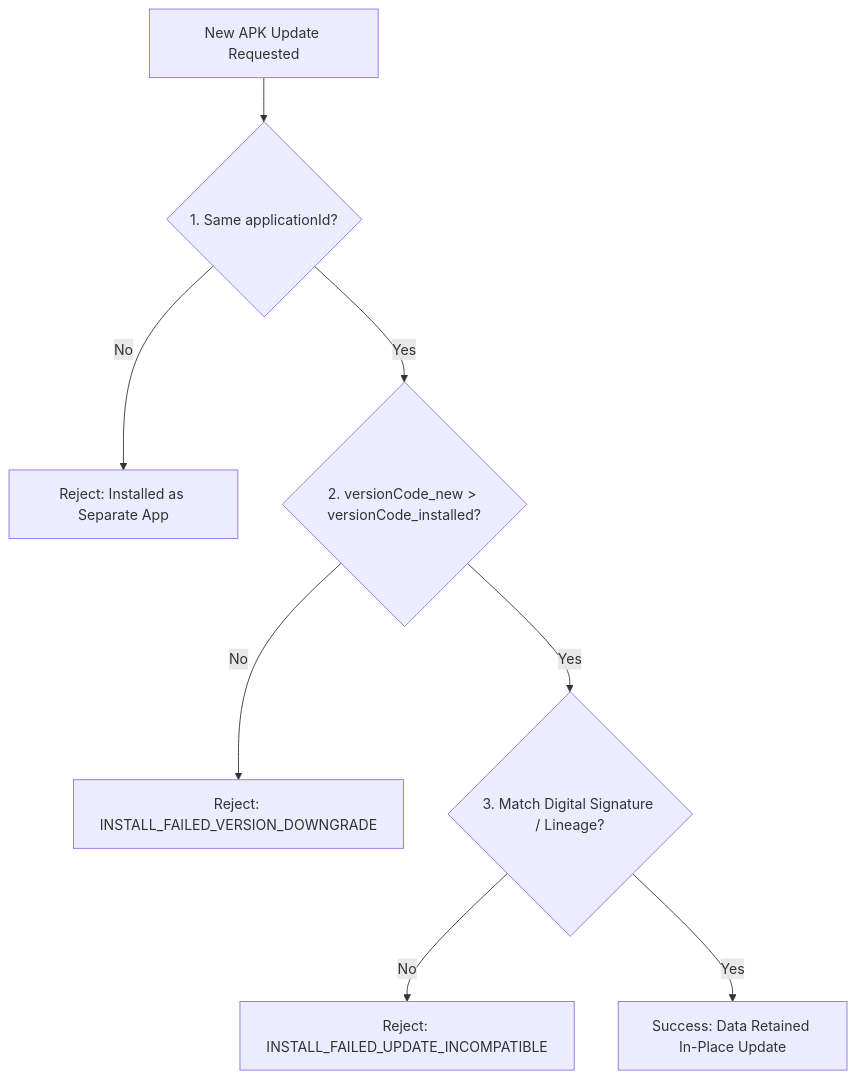
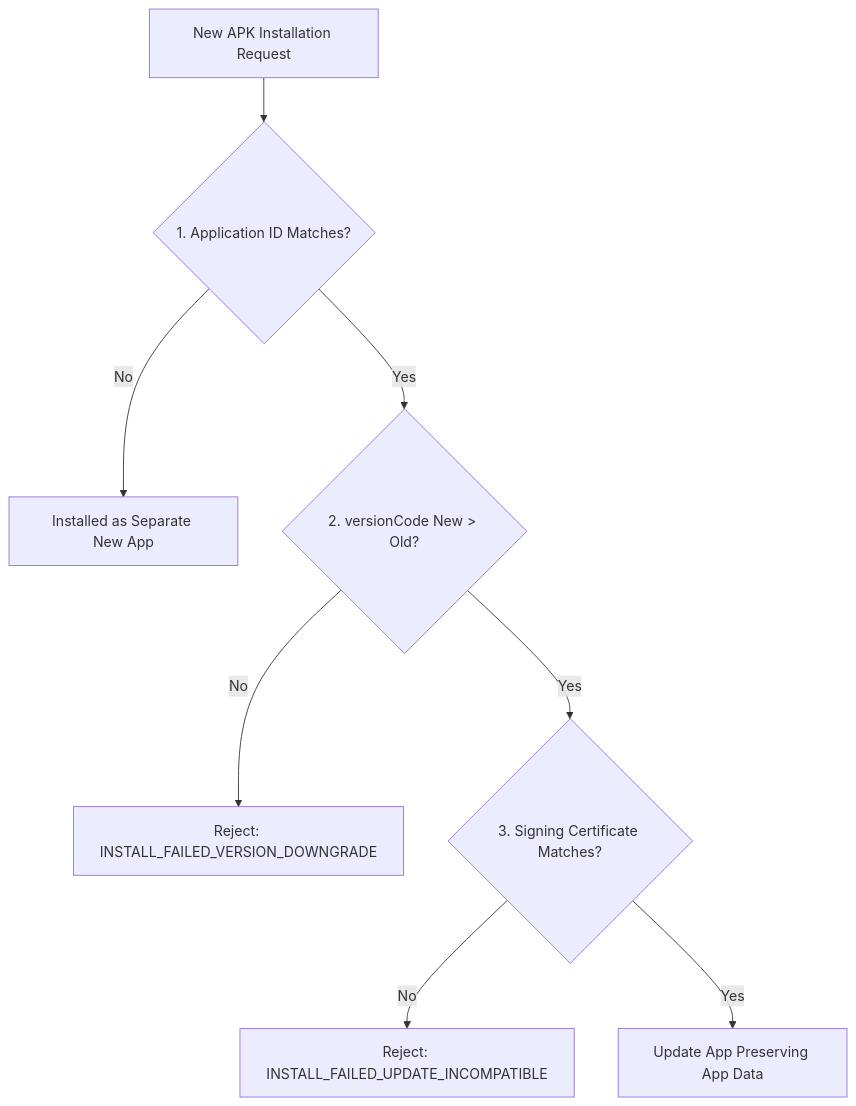
The diagram in 01_inbox/mobile/android/03_packaging_deployment/distribution/release-distribution-contracts/app-updates-require-application-id-version-code-and-signature-compatibility.md (youngmin-gwon/what-i-studied), drawn with Mermaid before and after one commit. The commit also changed other lines of this file and 134 other files, not shown here.

````diff
--- a/01_inbox/mobile/android/03_packaging_deployment/distribution/release-distribution-contracts/app-updates-require-application-id-version-code-and-signature-compatibility.md
+++ b/01_inbox/mobile/android/03_packaging_deployment/distribution/release-distribution-contracts/app-updates-require-application-id-version-code-and-signature-compatibility.md
@@ -20,10 +25,10 @@
 ```mermaid
 flowchart TD
-    UpdateReq["New APK Update Requested"] --> IDCheck{"1. Same applicationId?"}
-    IDCheck -->|No| Fail1["Reject: Installed as Separate App"]
-    IDCheck -->|Yes| CodeCheck{"2. versionCode_new > versionCode_installed?"}
-    CodeCheck -->|No| Fail2["Reject: INSTALL_FAILED_VERSION_DOWNGRADE"]
-    CodeCheck -->|Yes| SignCheck{"3. Match Digital Signature / Lineage?"}
-    SignCheck -->|No| Fail3["Reject: INSTALL_FAILED_UPDATE_INCOMPATIBLE"]
-    SignCheck -->|Yes| Pass["Success: Data Retained In-Place Update"]
+    UpdateReq["New APK Installation Request"] --> CheckAppID{"1. Application ID Matches?"}
+    CheckAppID -->|No| TreatNew["Installed as Separate New App"]
+    CheckAppID -->|Yes| CheckVer{"2. versionCode New > Old?"}
+    CheckVer -->|No| InstallFail1["Reject: INSTALL_FAILED_VERSION_DOWNGRADE"]
+    CheckVer -->|Yes| CheckSig{"3. Signing Certificate Matches?"}
+    CheckSig -->|No| InstallFail2["Reject: INSTALL_FAILED_UPDATE_INCOMPATIBLE"]
+    CheckSig -->|Yes| Success["Update App Preserving App Data"]
 ```
````
